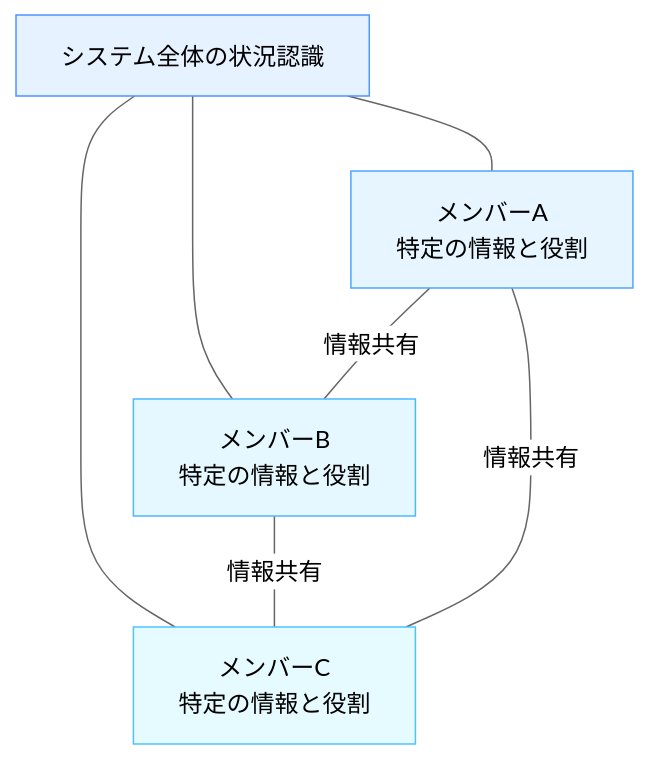
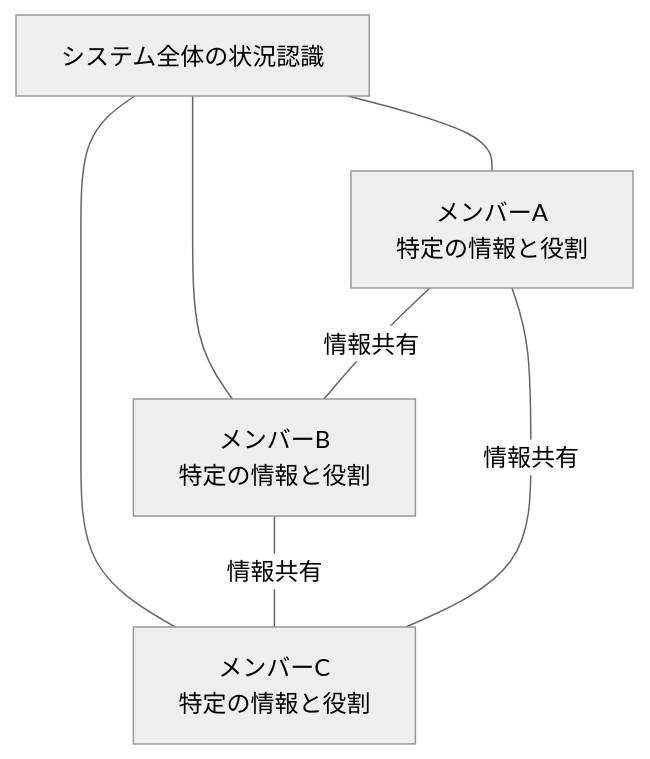
One commit to shuji-bonji/Situational-Awareness-and-Decision-Making changed the second of 2 diagrams in docs/situational-awareness-guide/sa-guide.md. Above: the diagram before and after it, drawn with Mermaid (neutral theme). The commit also changed other lines of this file and 49 other files, not shown here.

Commit message:
fix: ダークモードで見づらい図の色の変更

````diff
--- a/docs/situational-awareness-guide/sa-guide.md
+++ b/docs/situational-awareness-guide/sa-guide.md
@@ -140,13 +140,13 @@
 ```mermaid
 graph TD
     A[システム全体の状況認識] --- B[メンバーA<br>特定の情報と役割]
     A --- C[メンバーB<br>特定の情報と役割]
     A --- D[メンバーC<br>特定の情報と役割]
     B ---|情報共有| C
     C ---|情報共有| D
     D ---|情報共有| B
-    style A fill:#e6f2ff,stroke:#4d94ff
-    style B fill:#e6f5ff,stroke:#4da6ff
-    style C fill:#e6f8ff,stroke:#4db8ff
-    style D fill:#e6fbff,stroke:#4dc4ff
+
+
+
+
 ```
````
